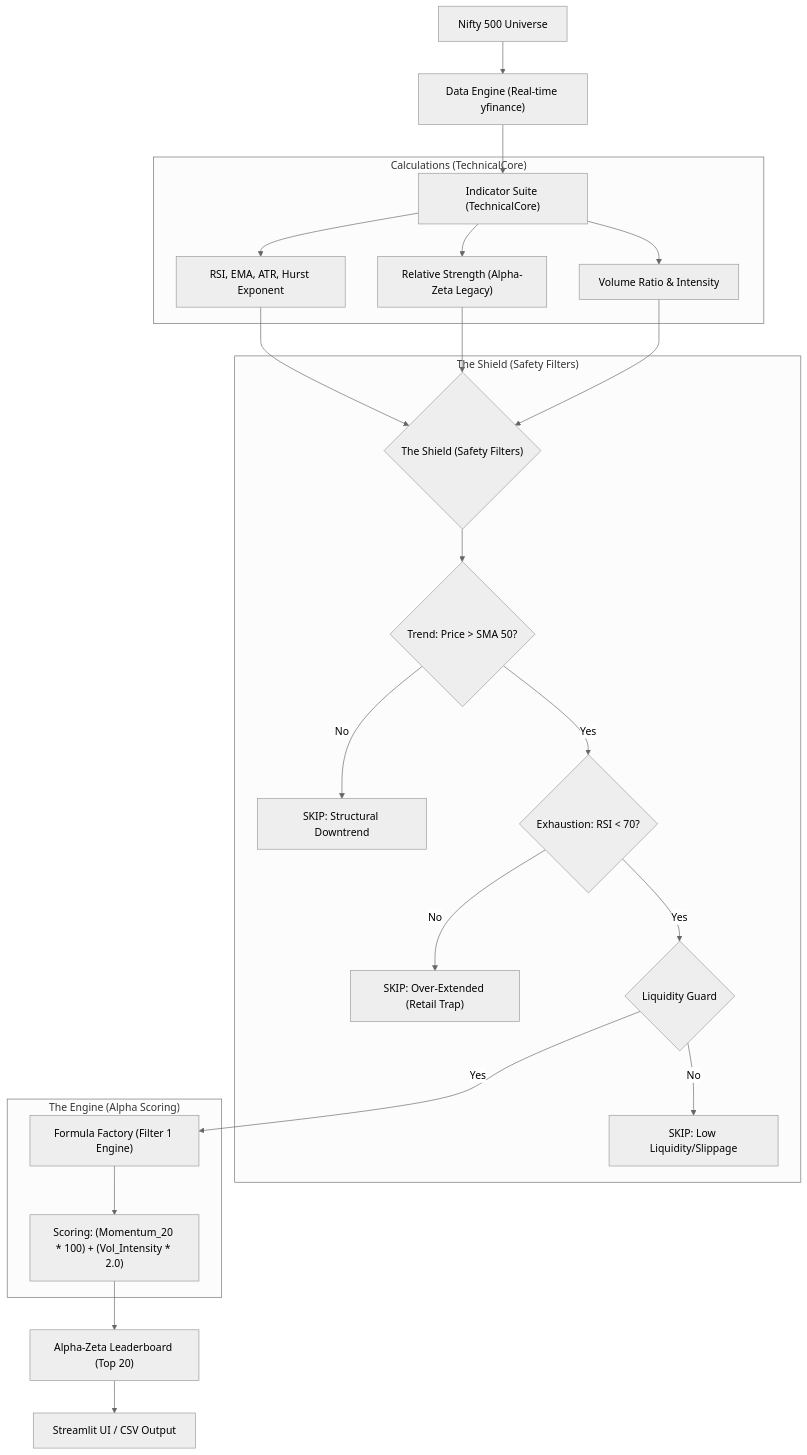
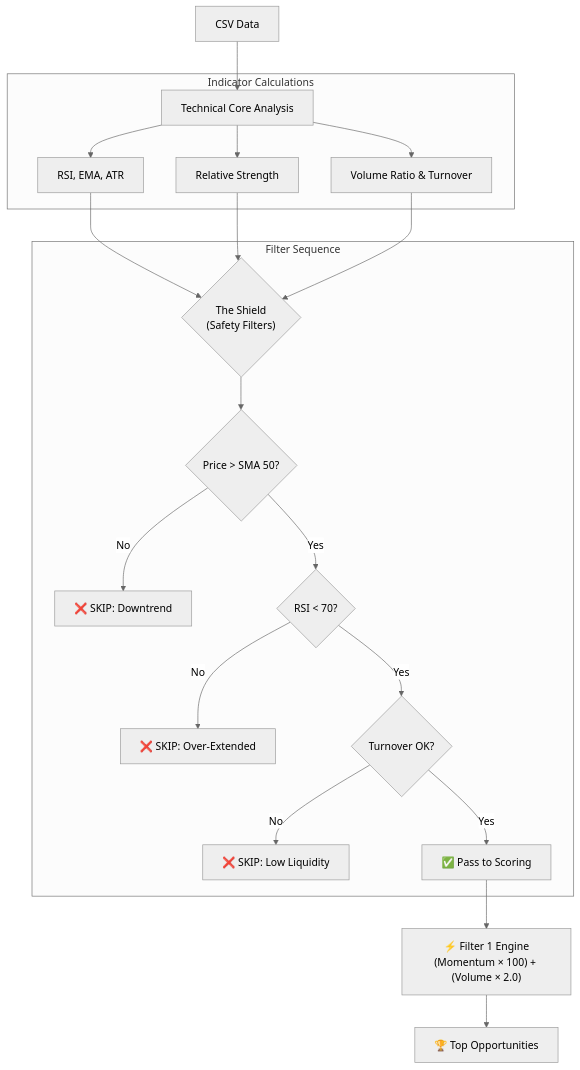
Before and after one commit to zetaaztra/Alpha-Zeta-Scanner: the second of 2 diagrams in README.md, drawn with Mermaid (neutral theme). The commit also changed other lines of this file and 4 other files, not shown here.

````diff
--- a/README.md
+++ b/README.md
@@ -13,31 +37,25 @@
 ```mermaid
 graph TD
-    A["Nifty 500 Universe"] --> B["Data Engine (Real-time yfinance)"]
-    B --> C["Indicator Suite (TechnicalCore)"]
+    A["CSV Data"] --> B["Technical Core Analysis"]
     
-    subgraph "Calculations (TechnicalCore)"
-    C --> C1["RSI, EMA, ATR, Hurst Exponent"]
-    C --> C2["Relative Strength (Alpha-Zeta Legacy)"]
-    C --> C3["Volume Ratio & Intensity"]
-    end
-
-    C1 & C2 & C3 --> D{"The Shield (Safety Filters)"}
-    
-    subgraph "The Shield (Safety Filters)"
-    D --> D1{"Trend: Price > SMA 50?"}
-    D1 -- No --> E["SKIP: Structural Downtrend"]
-    D1 -- Yes --> D2{"Exhaustion: RSI < 70?"}
-    D2 -- No --> F["SKIP: Over-Extended (Retail Trap)"]
-    D2 -- Yes --> D3{"Liquidity Guard"}
-    D3 -- No --> G["SKIP: Low Liquidity/Slippage"]
+    subgraph "Indicator Calculations"
+    B --> B1["RSI, EMA, ATR"]
+    B --> B2["Relative Strength"]
+    B --> B3["Volume Ratio & Turnover"]
     end
     
-    D3 -- Yes --> H["Formula Factory (Filter 1 Engine)"]
+    B1 & B2 & B3 --> C{"The Shield<br/>(Safety Filters)"}
     
-    subgraph "The Engine (Alpha Scoring)"
-    H --> I["Scoring: (Momentum_20 * 100) + (Vol_Intensity * 2.0)"]
+    subgraph "Filter Sequence"
+    C --> D1{"Price > SMA 50?"}
+    D1 -- No --> E1["❌ SKIP: Downtrend"]
+    D1 -- Yes --> D2{"RSI < 70?"}
+    D2 -- No --> E2["❌ SKIP: Over-Extended"]
+    D2 -- Yes --> D3{"Turnover OK?"}
+    D3 -- No --> E3["❌ SKIP: Low Liquidity"]
+    D3 -- Yes --> F["✅ Pass to Scoring"]
     end
     
-    I --> J["Alpha-Zeta Leaderboard (Top 20)"]
-    J --> K["Streamlit UI / CSV Output"]
+    F --> G["⚡ Filter 1 Engine<br/>(Momentum × 100) + (Volume × 2.0)"]
+    G --> H["🏆 Top Opportunities"]
 ```
````
